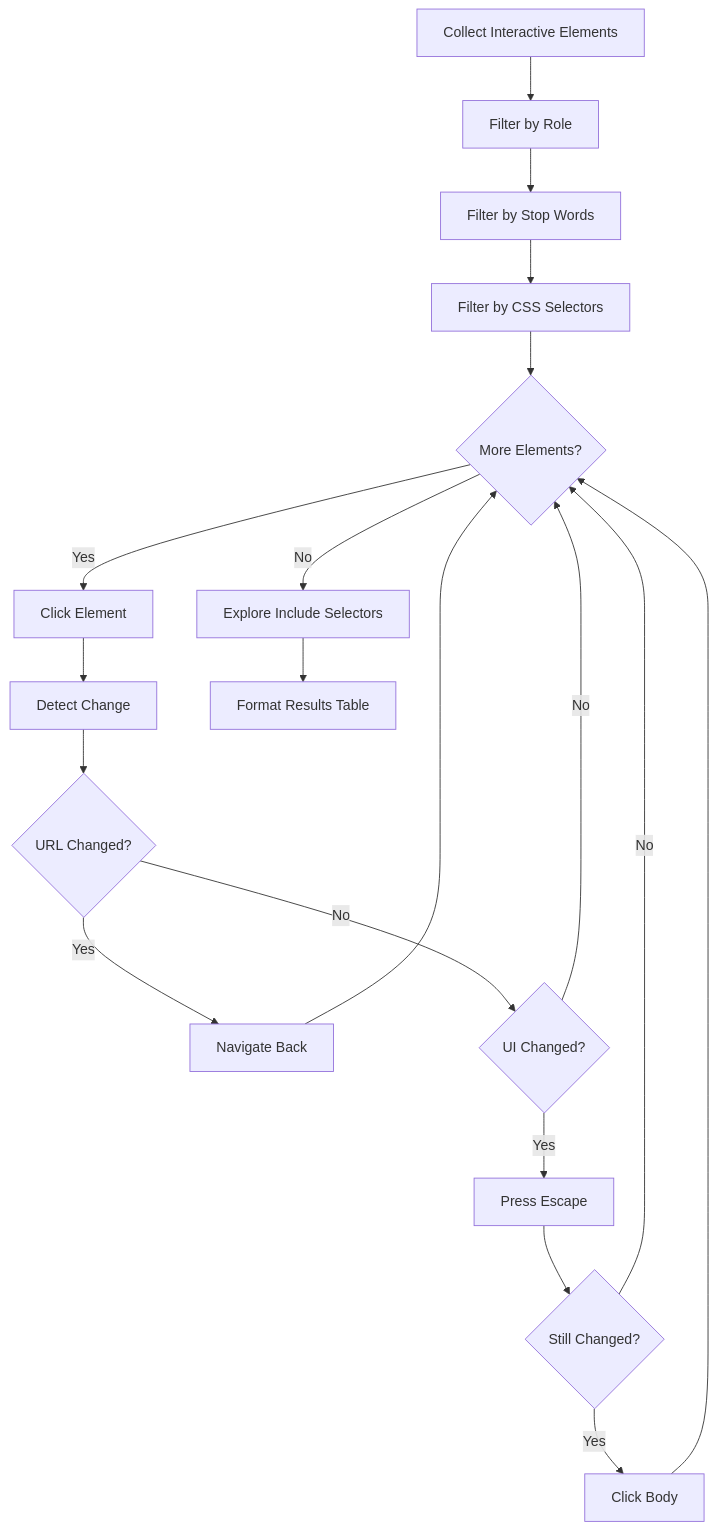
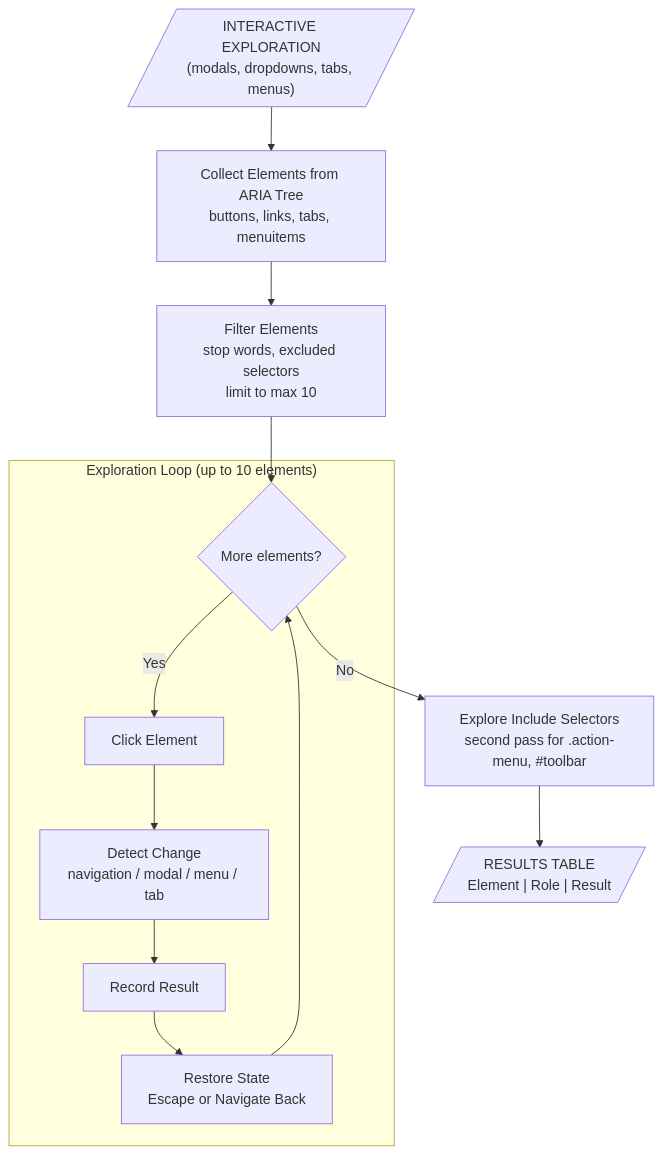
The second of 2 diagrams in docs/researcher.md (testomatio/explorbot), drawn with Mermaid before and after one commit. The commit also changed other lines of this file, not shown here.

````diff
--- a/docs/researcher.md
+++ b/docs/researcher.md
@@ -170,21 +171,17 @@
 ```mermaid
 flowchart TD
-    A[Collect Interactive Elements] --> B[Filter by Role]
-    B --> C[Filter by Stop Words]
-    C --> D[Filter by CSS Selectors]
-    D --> E{More Elements?}
-    E -->|Yes| F[Click Element]
-    F --> G[Detect Change]
-    G --> H{URL Changed?}
-    H -->|Yes| I[Navigate Back]
-    H -->|No| J{UI Changed?}
-    J -->|Yes| K[Press Escape]
-    K --> L{Still Changed?}
-    L -->|Yes| M[Click Body]
-    L -->|No| E
-    J -->|No| E
-    I --> E
-    M --> E
-    E -->|No| N[Explore Include Selectors]
-    N --> O[Format Results Table]
+    A[/"INTERACTIVE EXPLORATION<br/>(modals, dropdowns, tabs, menus)"/] --> B
+    B[Collect Elements from ARIA Tree<br/>buttons, links, tabs, menuitems] --> C
+    C[Filter Elements<br/>stop words, excluded selectors<br/>limit to max 10] --> D
+
+    subgraph LOOP ["Exploration Loop (up to 10 elements)"]
+        D{More elements?} -->|Yes| E[Click Element]
+        E --> F[Detect Change<br/>navigation / modal / menu / tab]
+        F --> G[Record Result]
+        G --> H[Restore State<br/>Escape or Navigate Back]
+        H --> D
+    end
+
+    D -->|No| I[Explore Include Selectors<br/>second pass for .action-menu, #toolbar]
+    I --> J[/"RESULTS TABLE<br/>Element | Role | Result"/]
 ```
````
